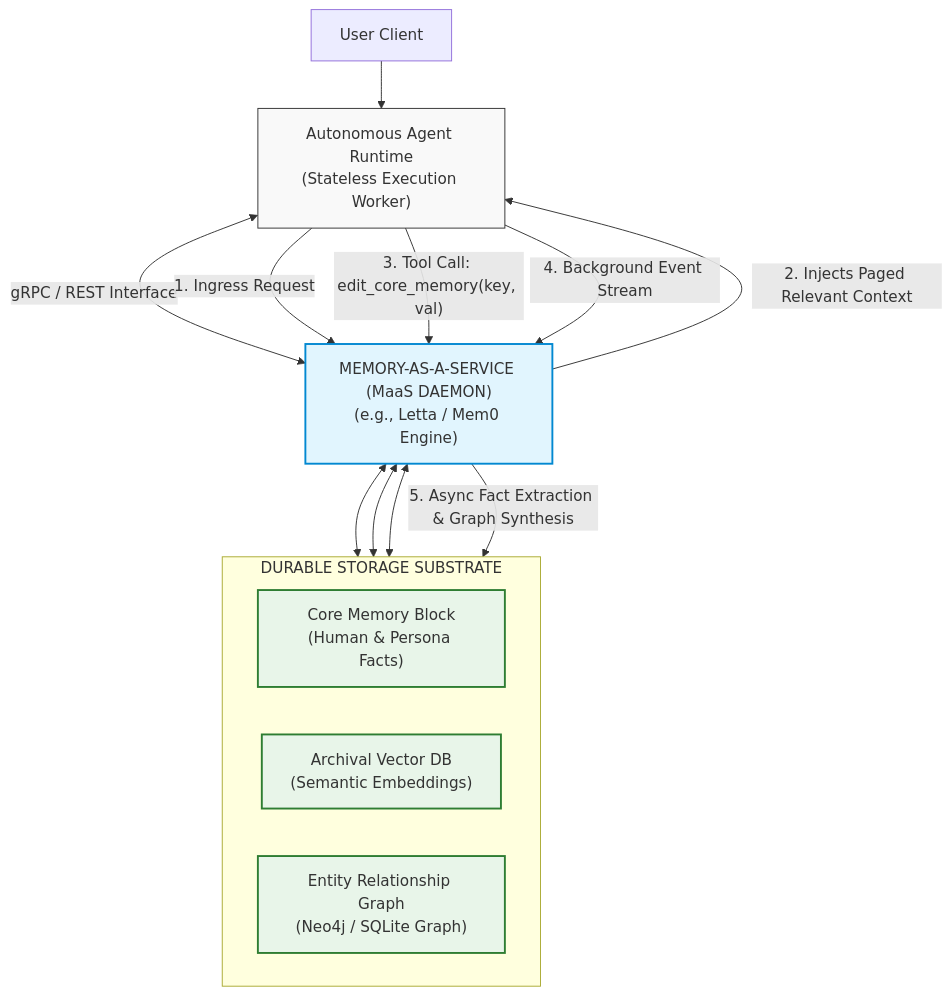
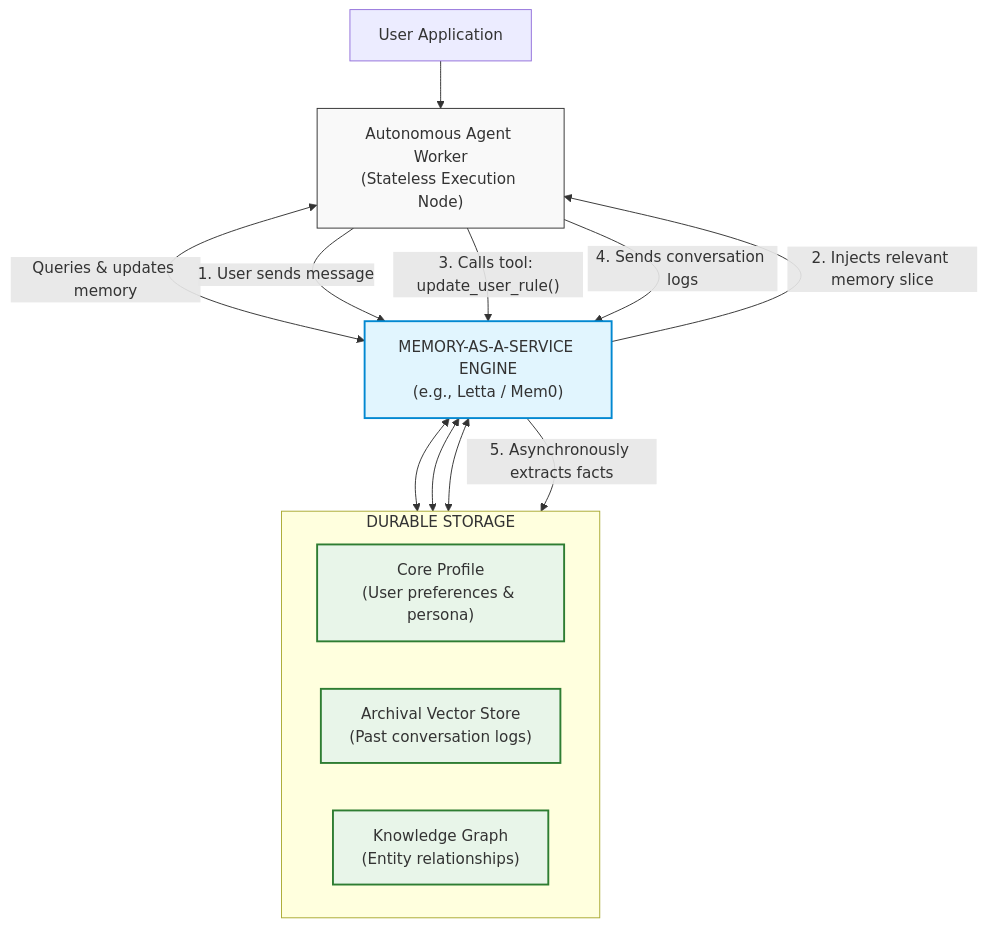
The fourth of 5 diagrams in 04-agentic-systems-and-orchestration/04-agent-memory-systems-and-cognitive-architectures.md (dip4k/senior-engineer-to-ai-engineer-roadmap), drawn with Mermaid before and after one commit. The commit also changed other lines of this file and 11 other files, not shown here.

````diff
--- a/04-agentic-systems-and-orchestration/04-agent-memory-systems-and-cognitive-architectures.md
+++ b/04-agentic-systems-and-orchestration/04-agent-memory-systems-and-cognitive-architectures.md
@@ -138,25 +131,25 @@
 ```mermaid
 flowchart TD
     classDef agent fill:#f9f9f9,stroke:#333,stroke-width:1px;
     classDef maas fill:#e1f5fe,stroke:#0288d1,stroke-width:2px;
     classDef store fill:#e8f5e9,stroke:#2e7d32,stroke-width:2px;
 
-    User["User Client"] --> Agent["Autonomous Agent Runtime\n(Stateless Execution Worker)"]:::agent
+    User["User Application"] --> Agent["Autonomous Agent Worker\n(Stateless Execution Node)"]:::agent
     
-    Agent <-->|"gRPC / REST Interface"| MaaS["MEMORY-AS-A-SERVICE (MaaS DAEMON)\n(e.g., Letta / Mem0 Engine)"]:::maas
+    Agent <-->|"Queries & updates memory"| MaaS["MEMORY-AS-A-SERVICE ENGINE\n(e.g., Letta / Mem0)"]:::maas
     
-    subgraph StorageBackends["DURABLE STORAGE SUBSTRATE"]
+    subgraph StorageBackends["DURABLE STORAGE"]
         direction LR
-        Core["Core Memory Block\n(Human & Persona Facts)"]:::store
-        Vec["Archival Vector DB\n(Semantic Embeddings)"]:::store
-        Graph["Entity Relationship Graph\n(Neo4j / SQLite Graph)"]:::store
+        Core["Core Profile\n(User preferences & persona)"]:::store
+        Vec["Archival Vector Store\n(Past conversation logs)"]:::store
+        Graph["Knowledge Graph\n(Entity relationships)"]:::store
     end
 
     MaaS <--> Core & Vec & Graph
     
-    Agent -->|"1. Ingress Request"| MaaS
-    MaaS -->|"2. Injects Paged Relevant Context"| Agent
-    Agent -->|"3. Tool Call: edit_core_memory(key, val)"| MaaS
-    Agent -->|"4. Background Event Stream"| MaaS
-    MaaS -->|"5. Async Fact Extraction & Graph Synthesis"| StorageBackends
+    Agent -->|"1. User sends message"| MaaS
+    MaaS -->|"2. Injects relevant memory slice"| Agent
+    Agent -->|"3. Calls tool: update_user_rule()"| MaaS
+    Agent -->|"4. Sends conversation logs"| MaaS
+    MaaS -->|"5. Asynchronously extracts facts"| StorageBackends
 ```
````
